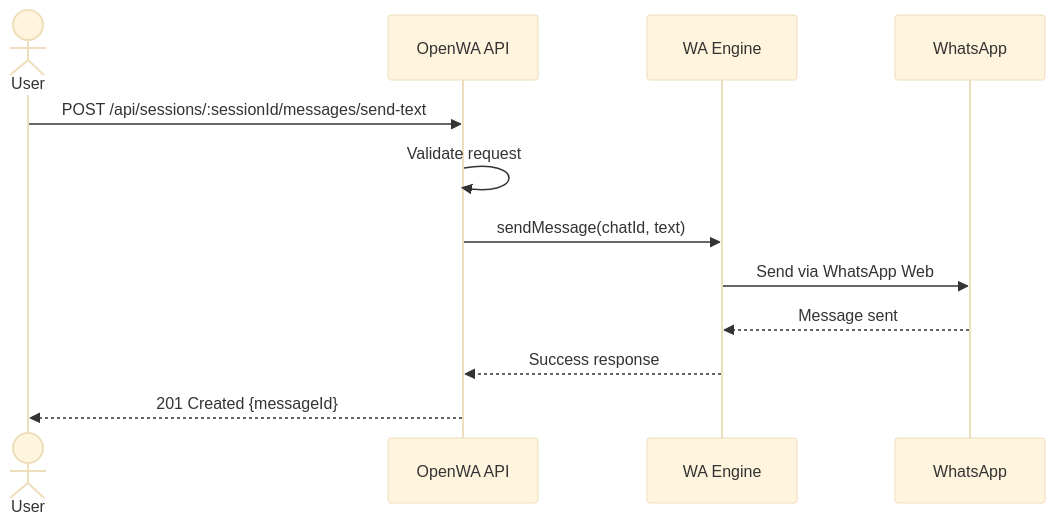
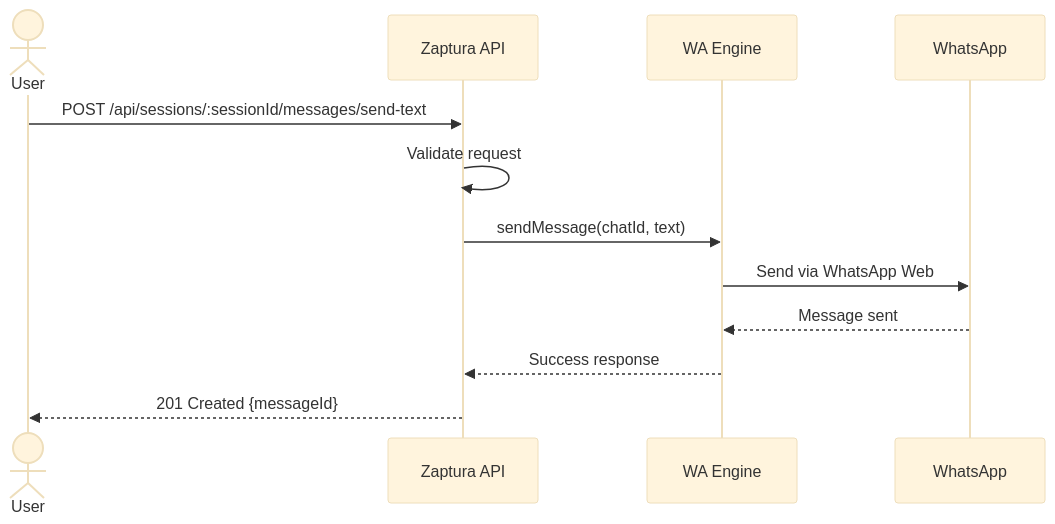
One commit to AsmSafone/Whatsapp-SaaS changed diagram 11 of 13 in docs/02-requirements-specification.md. Above: the diagram before and after it, drawn with Mermaid (base theme). The commit also changed other lines of this file and 940 other files, not shown here.

````diff
--- a/docs/02-requirements-specification.md
+++ b/docs/02-requirements-specification.md
@@ -378,15 +378,15 @@
 ```mermaid
 sequenceDiagram
     actor User
-    participant API as OpenWA API
+    participant API as Zaptura API
     participant Engine as WA Engine
     participant WA as WhatsApp
 
     User->>API: POST /api/sessions/:sessionId/messages/send-text
     API->>API: Validate request
     API->>Engine: sendMessage(chatId, text)
     Engine->>WA: Send via WhatsApp Web
     WA-->>Engine: Message sent
     Engine-->>API: Success response
     API-->>User: 201 Created {messageId}
 ```
````
